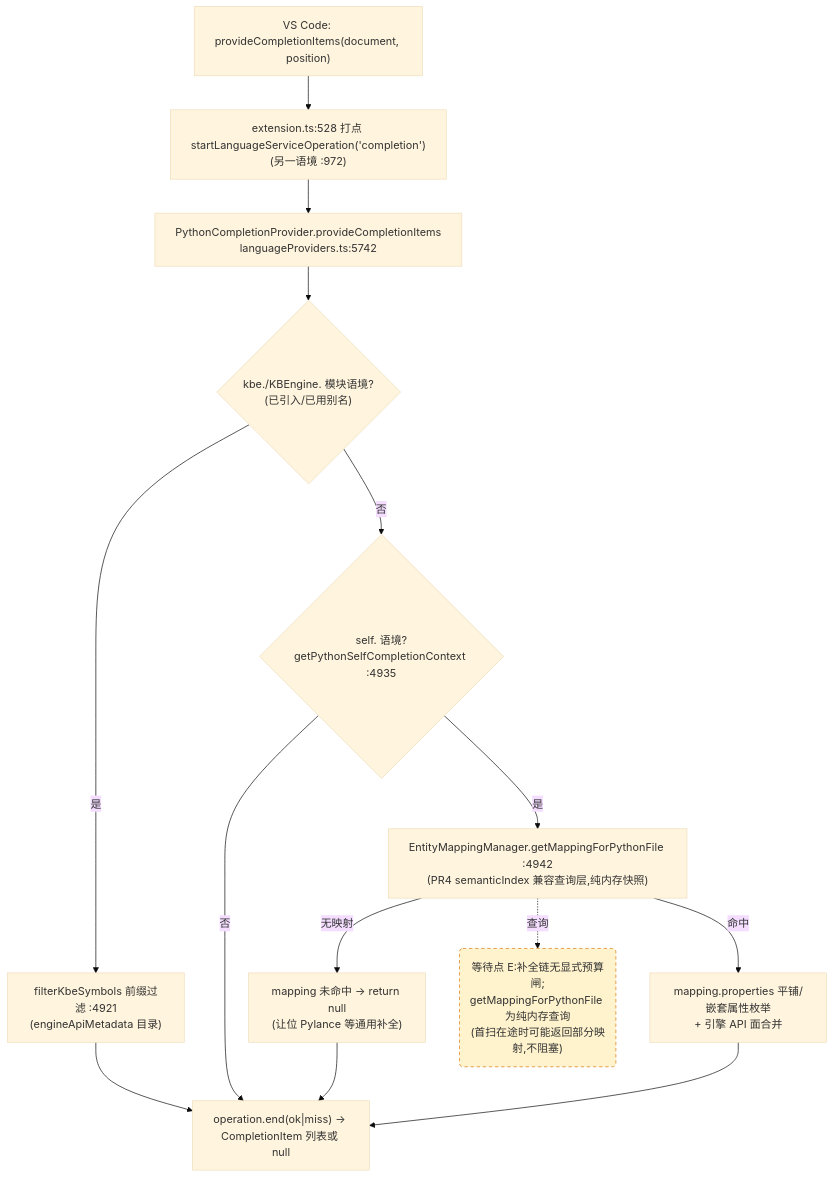
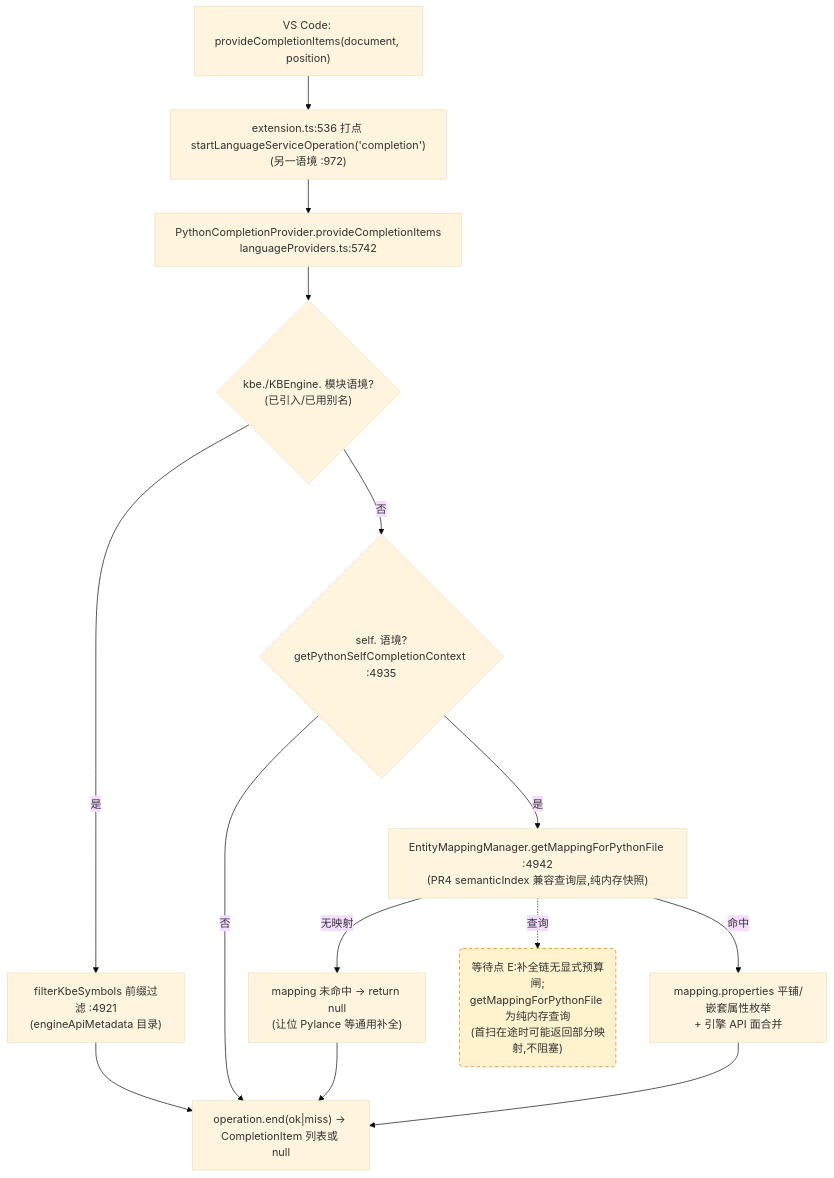
Before and after one commit to cuihairu/kode: the third of 4 diagrams in docs/perf/2026-baseline.md, drawn with Mermaid (base theme). The commit also changed other lines of this file and 12 other files, not shown here.

````diff
--- a/docs/perf/2026-baseline.md
+++ b/docs/perf/2026-baseline.md
@@ -184,27 +184,27 @@
 ```mermaid
 flowchart TD
   VC3["VS Code: provideCompletionItems(document, position)"]
-  M3["extension.ts:528 打点 startLanguageServiceOperation('completion')<br/>(另一语境 :972)"]
+  M3["extension.ts:536 打点 startLanguageServiceOperation('completion')<br/>(另一语境 :972)"]
   CP["PythonCompletionProvider.provideCompletionItems<br/>languageProviders.ts:5742"]
   KBEC{"kbe./KBEngine. 模块语境?<br/>(已引入/已用别名)"}
   FILTER["filterKbeSymbols 前缀过滤 :4921<br/>(engineApiMetadata 目录)"]
   SELFC{"self. 语境?<br/>getPythonSelfCompletionContext :4935"}
   MAP["EntityMappingManager.getMappingForPythonFile :4942<br/>(PR4 semanticIndex 兼容查询层,纯内存快照)"]
   NOMAP["mapping 未命中 → return null<br/>(让位 Pylance 等通用补全)"]
   PROPS["mapping.properties 平铺/嵌套属性枚举<br/>+ 引擎 API 面合并"]
   END3["operation.end(ok|miss) → CompletionItem 列表或 null"]
 
   VC3 --> M3 --> CP --> KBEC
   KBEC -- "是" --> FILTER --> END3
   KBEC -- "否" --> SELFC
   SELFC -- "否" --> END3
   SELFC -- "是" --> MAP
   MAP -- "无映射" --> NOMAP --> END3
   MAP -- "命中" --> PROPS --> END3
 
   WAITE("等待点 E:补全链无显式预算闸;<br/>getMappingForPythonFile 为纯内存查询<br/>(首扫在途时可能返回部分映射,不阻塞)")
   MAP -.->|查询| WAITE
 
   classDef waitPoint fill:#fff3cd,stroke:#d97706,stroke-dasharray:5 4;
   class WAITE waitPoint;
 ```
````
